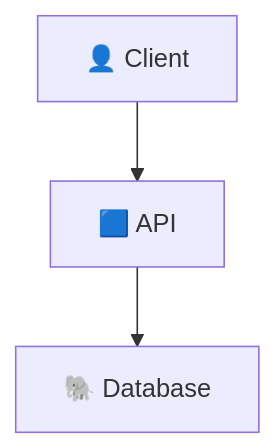
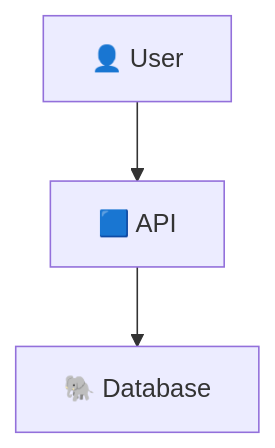
Before and after one commit to vijayrangvani/project-starter: the second of 2 diagrams in README.md, drawn with Mermaid. The commit also changed other lines of this file and 1 other file, not shown here.

````diff
--- a/README.md
+++ b/README.md
@@ -77,9 +91,9 @@
 ```mermaid
 graph TD
-    User["👤 Client"]
+    User["👤 User"]
     Api["🟦 API"]
     Store["🐘 Database"]
 
     User --> Api
     Api --> Store
 ```
````
